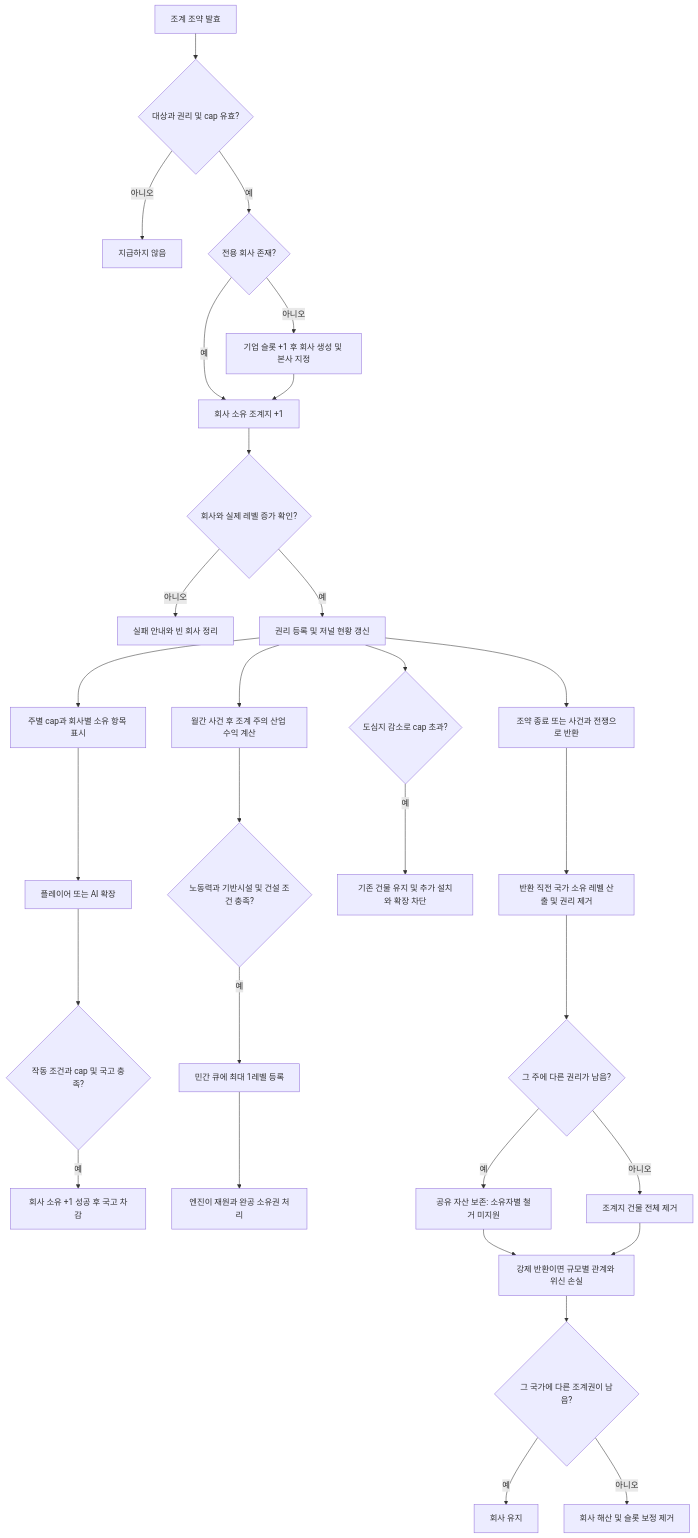
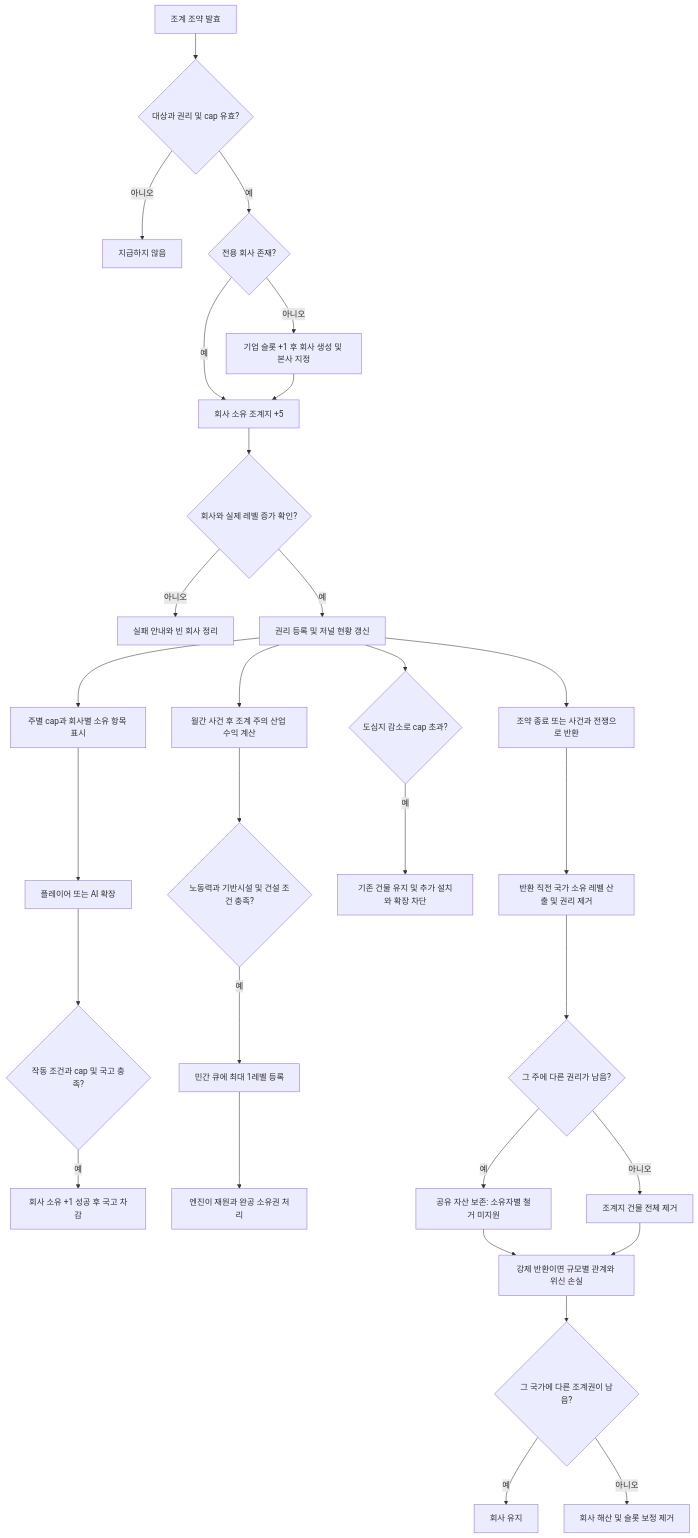
Before and after one commit to East-Asia-Flavor-Pack/East-Asia-Flavor-Pack: the diagram in scratch/china_concessions_design_plan.md, drawn with Mermaid. The commit also changed other lines of this file and 15 other files, not shown here.

````diff
--- a/scratch/china_concessions_design_plan.md
+++ b/scratch/china_concessions_design_plan.md
@@ -27,32 +29,32 @@
 ```mermaid
 flowchart TD
     A[조계 조약 발효] --> B{대상과 권리 및 cap 유효?}
     B -->|아니오| X[지급하지 않음]
     B -->|예| C{전용 회사 존재?}
     C -->|아니오| D[기업 슬롯 +1 후 회사 생성 및 본사 지정]
-    C -->|예| E[회사 소유 조계지 +1]
+    C -->|예| E[회사 소유 조계지 +5]
     D --> E
     E --> F{회사와 실제 레벨 증가 확인?}
     F -->|아니오| F1[실패 안내와 빈 회사 정리]
     F -->|예| G[권리 등록 및 저널 현황 갱신]
     G --> H[주별 cap과 회사별 소유 항목 표시]
     H --> I[플레이어 또는 AI 확장]
     I --> J{작동 조건과 cap 및 국고 충족?}
     J -->|예| J1[회사 소유 +1 성공 후 국고 차감]
     G --> K[월간 사건 후 조계 주의 산업 수익 계산]
     K --> K1{노동력과 기반시설 및 건설 조건 충족?}
     K1 -->|예| K2[민간 큐에 최대 1레벨 등록]
     K2 --> K3[엔진이 재원과 완공 소유권 처리]
     G --> U{도심지 감소로 cap 초과?}
     U -->|예| U1[기존 건물 유지 및 추가 설치와 확장 차단]
     G --> L[조약 종료 또는 사건과 전쟁으로 반환]
     L --> M[반환 직전 국가 소유 레벨 산출 및 권리 제거]
     M --> N{그 주에 다른 권리가 남음?}
     N -->|예| N1[공유 자산 보존: 소유자별 철거 미지원]
     N -->|아니오| N2[조계지 건물 전체 제거]
     N1 --> O[강제 반환이면 규모별 관계와 위신 손실]
     N2 --> O
     O --> P{그 국가에 다른 조계권이 남음?}
     P -->|예| P1[회사 유지]
     P -->|아니오| P2[회사 해산 및 슬롯 보정 제거]
 ```
````
